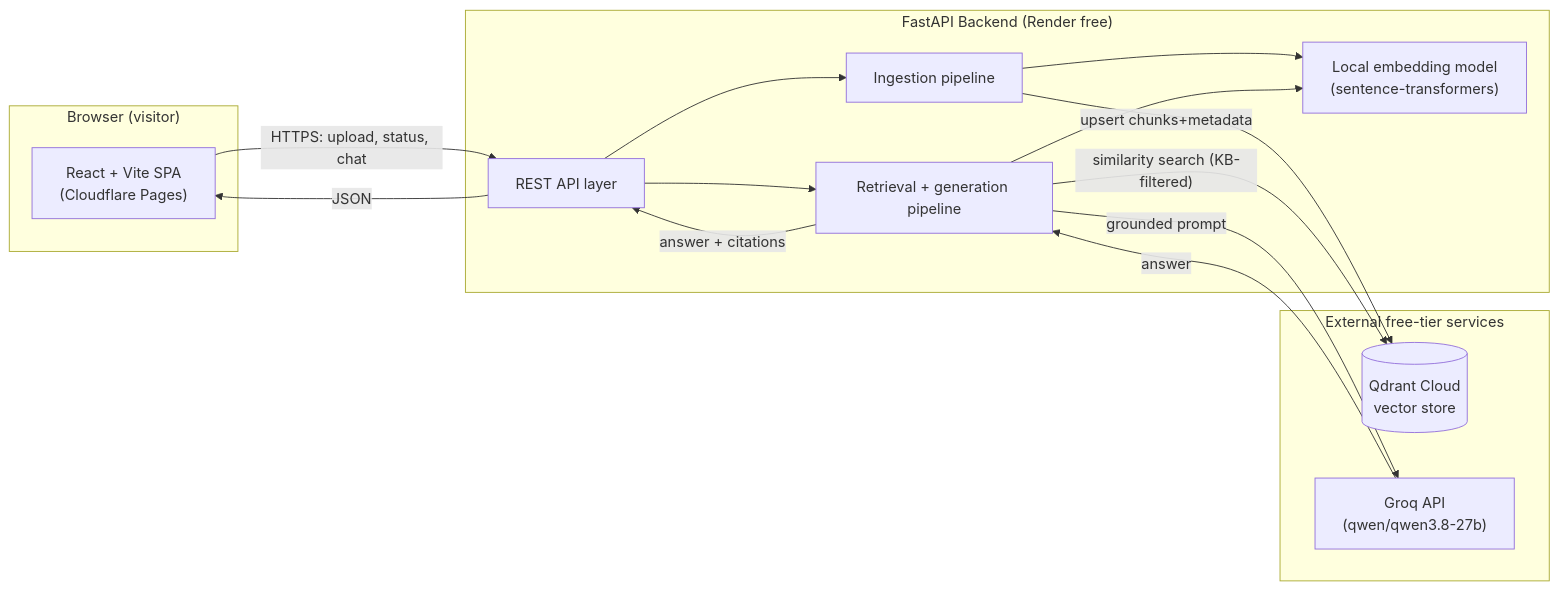
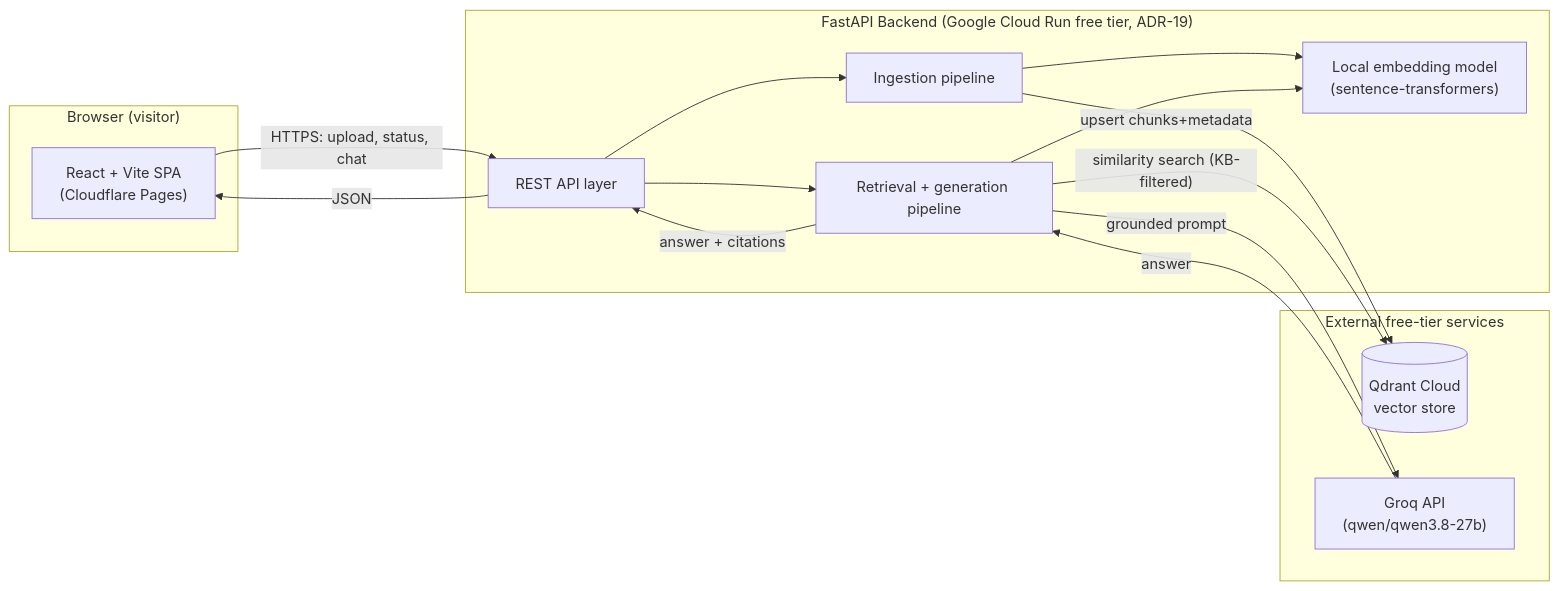
One commit to ameyg23/RAG_Project changed the first of 4 diagrams in ARCHITECTURE.md. Above: the diagram before and after it, drawn with Mermaid. The commit also changed other lines of this file and 5 other files, not shown here.

First line of the commit message:
Add Cloud Run deployment (ADR-19) — Render's free tier can't fit this workload

````diff
--- a/ARCHITECTURE.md
+++ b/ARCHITECTURE.md
@@ -8,30 +8,30 @@
 ```mermaid
 flowchart LR
     subgraph Client["Browser (visitor)"]
         UI["React + Vite SPA\n(Cloudflare Pages)"]
     end
 
-    subgraph Backend["FastAPI Backend (Render free)"]
+    subgraph Backend["FastAPI Backend (Google Cloud Run free tier, ADR-19)"]
         API["REST API layer"]
         ING["Ingestion pipeline"]
         RET["Retrieval + generation pipeline"]
         EMB["Local embedding model\n(sentence-transformers)"]
     end
 
     subgraph External["External free-tier services"]
         VDB[("Qdrant Cloud\nvector store")]
         LLM["Groq API\n(qwen/qwen3.8-27b)"]
     end
 
     UI -- "HTTPS: upload, status, chat" --> API
     API --> ING
     API --> RET
     ING --> EMB
     RET --> EMB
     ING -- "upsert chunks+metadata" --> VDB
     RET -- "similarity search (KB-filtered)" --> VDB
     RET -- "grounded prompt" --> LLM
     LLM -- "answer" --> RET
     RET -- "answer + citations" --> API
     API -- "JSON" --> UI
 ```
````
